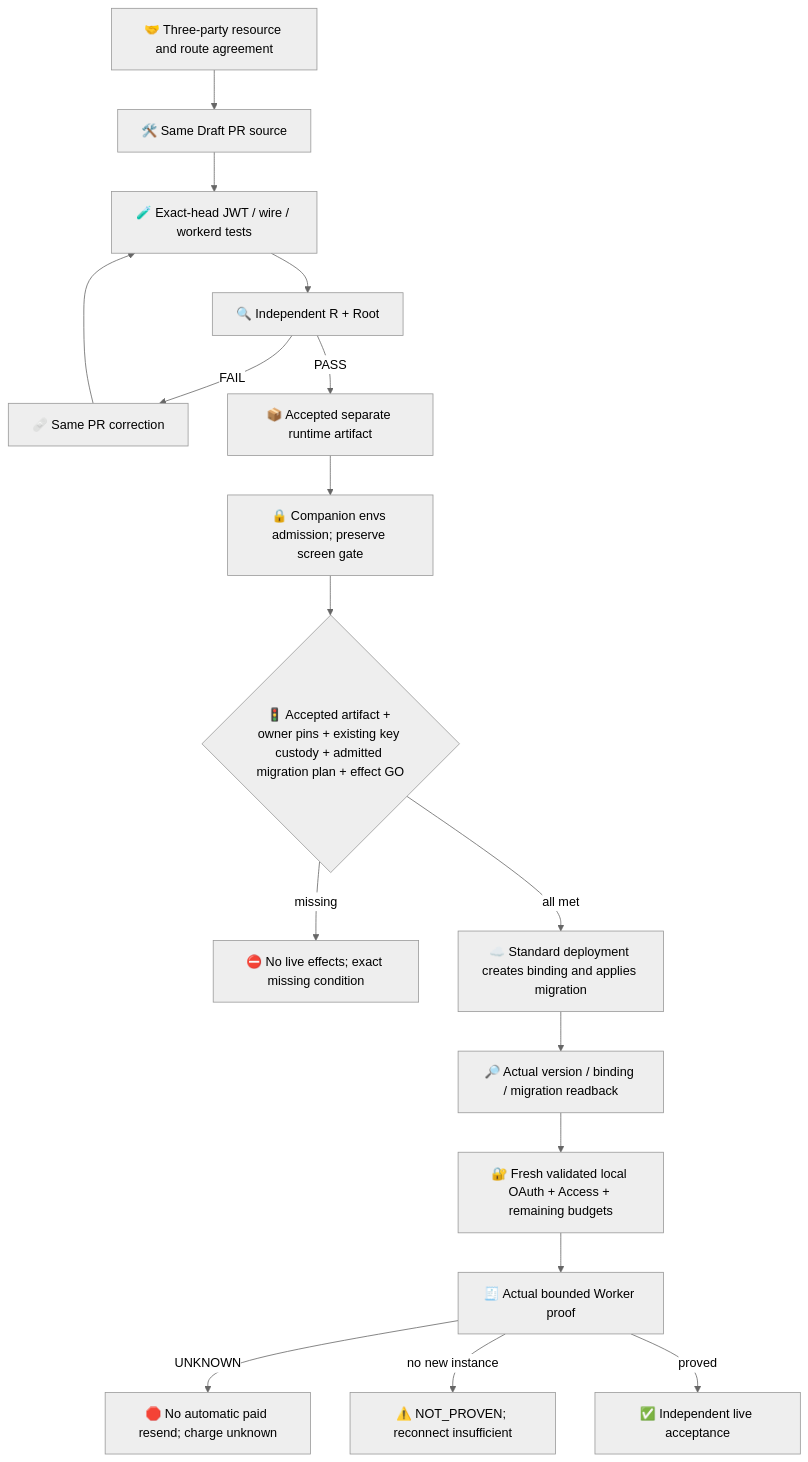
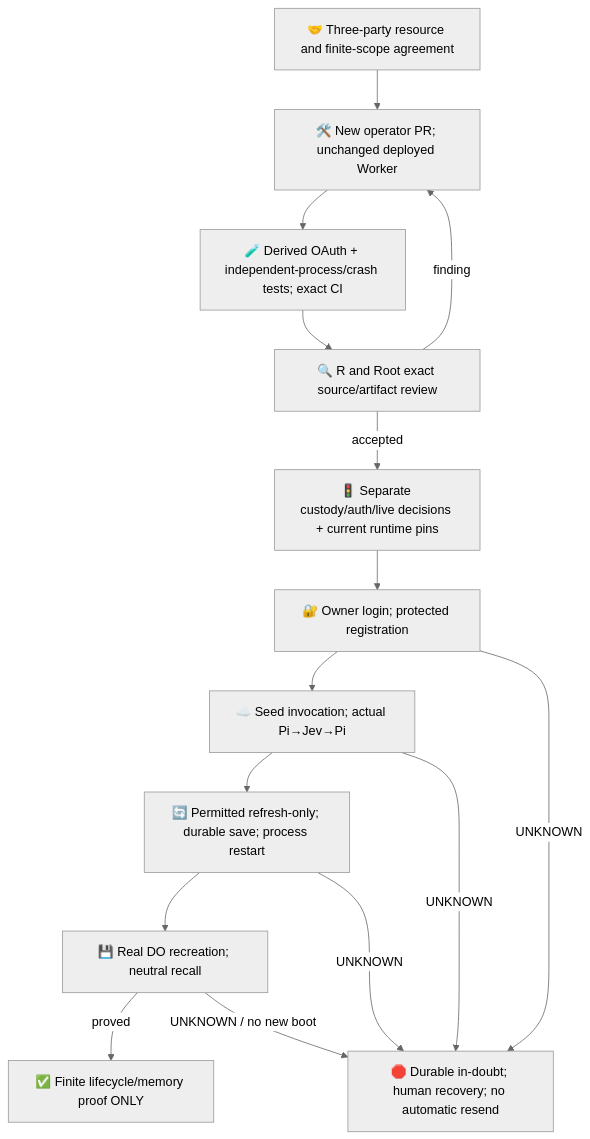
One commit to roccho-org/ops changed the second of 2 diagrams in experiments/pi-worker-proof/README.md. Above: the diagram before and after it, drawn with Mermaid (neutral theme). The commit also changed other lines of this file and 7 other files, not shown here.

Commit message:
Add-native-owner-credential-lifecycle-proof

````diff
--- a/experiments/pi-worker-proof/README.md
+++ b/experiments/pi-worker-proof/README.md
@@ -35,18 +41,17 @@
 ```mermaid
 flowchart TB
-  Agree["🤝 Three-party resource and route agreement"] --> Source["🛠️ Same Draft PR source"]
-  Source --> CI["🧪 Exact-head JWT / wire / workerd tests"]
-  CI --> Review["🔍 Independent R + Root"]
-  Review -->|FAIL| Fix["🩹 Same PR correction"] --> CI
-  Review -->|PASS| Artifact["📦 Accepted separate runtime artifact"]
-  Artifact --> Envs["🔒 Companion envs admission; preserve screen gate"]
-  Envs --> Gate{"🚦 Accepted artifact + owner pins + existing key custody + admitted migration plan + effect GO"}
-  Gate -->|missing| Stop["⛔ No live effects; exact missing condition"]
-  Gate -->|all met| Deploy["☁️ Standard deployment creates binding and applies migration"]
-  Deploy --> Readback["🔎 Actual version / binding / migration readback"]
-  Readback --> OAuth["🔐 Fresh validated local OAuth + Access + remaining budgets"]
-  OAuth --> Live["🧾 Actual bounded Worker proof"]
-  Live -->|UNKNOWN| Halt["🛑 No automatic paid resend; charge unknown"]
-  Live -->|no new instance| NoProof["⚠️ NOT_PROVEN; reconnect insufficient"]
-  Live -->|proved| Done["✅ Independent live acceptance"]
+  Agreement["🤝 Three-party resource and finite-scope agreement"] --> Source["🛠️ New operator PR; unchanged deployed Worker"]
+  Source --> Tests["🧪 Derived OAuth + independent-process/crash tests; exact CI"]
+  Tests --> Review["🔍 R and Root exact source/artifact review"]
+  Review -->|finding| Source
+  Review -->|accepted| Gate["🚦 Separate custody/auth/live decisions + current runtime pins"]
+  Gate --> Auth["🔐 Owner login; protected registration"]
+  Auth --> Seed["☁️ Seed invocation; actual Pi→Jev→Pi"]
+  Seed --> Rotate["🔄 Permitted refresh-only; durable save; process restart"]
+  Rotate --> Recall["💾 Real DO recreation; neutral recall"]
+  Recall -->|proved| Done["✅ Finite lifecycle/memory proof ONLY"]
+  Auth -->|UNKNOWN| Stop["🛑 Durable in-doubt; human recovery; no automatic resend"]
+  Seed -->|UNKNOWN| Stop
+  Rotate -->|UNKNOWN| Stop
+  Recall -->|UNKNOWN / no new boot| Stop
 ```
````
